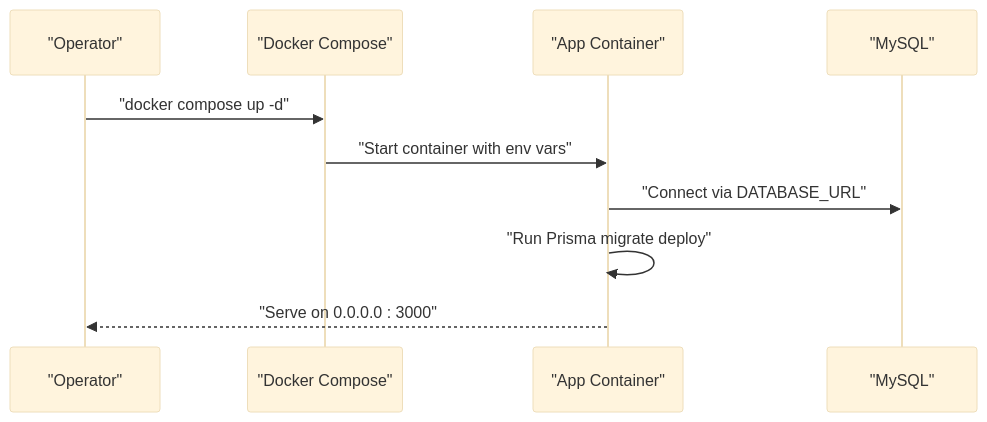
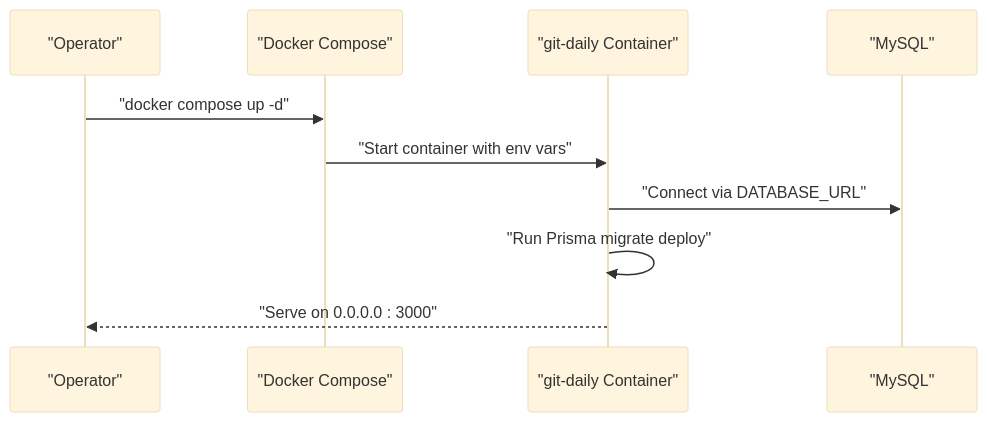
One commit to jrj444/git-daily changed the fourth of 8 diagrams in .qoder/repowiki/en/content/Deployment and Operations/Deployment and Operations.md. Above: the diagram before and after it, drawn with Mermaid (base theme). The commit also changed other lines of this file and 13 other files, not shown here.

````diff
--- a/.qoder/repowiki/en/content/Deployment and Operations/Deployment and Operations.md
+++ b/.qoder/repowiki/en/content/Deployment and Operations/Deployment and Operations.md
@@ -175,12 +182,12 @@
 ```mermaid
 sequenceDiagram
 participant Dev as "Operator"
 participant Compose as "Docker Compose"
-participant App as "App Container"
+participant App as "git-daily Container"
 participant DB as "MySQL"
 Dev->>Compose : "docker compose up -d"
 Compose->>App : "Start container with env vars"
 App->>DB : "Connect via DATABASE_URL"
 App->>App : "Run Prisma migrate deploy"
 App-->>Dev : "Serve on 0.0.0.0 : 3000"
 ```
````
